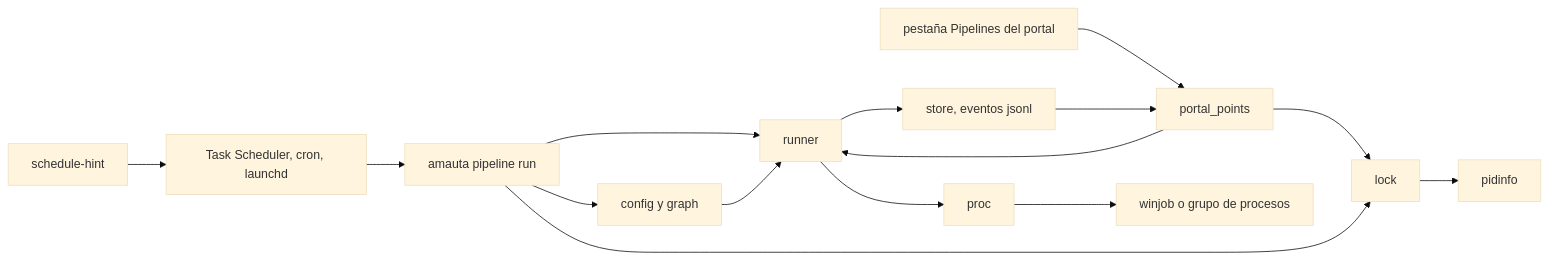
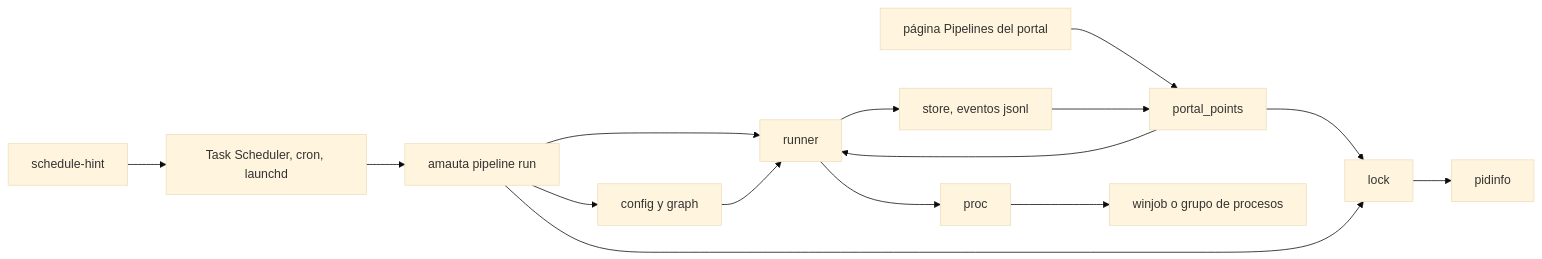
The first of 2 diagrams in python/amauta/portal/guide/es/pipelines.md (Negraldi/amauta), drawn with Mermaid (base theme) before and after one commit. The commit also changed other lines of this file and 11 other files, not shown here.

````diff
--- a/python/amauta/portal/guide/es/pipelines.md
+++ b/python/amauta/portal/guide/es/pipelines.md
@@ -24,17 +24,17 @@
 ```mermaid
 flowchart LR
   CLI["amauta pipeline run"] --> CFG["config y graph"]
-  PORTAL["pestaña Pipelines del portal"] --> PP["portal_points"]
+  PORTAL["página Pipelines del portal"] --> PP["portal_points"]
   PP --> LK["lock"]
   PP --> RUN["runner"]
   CLI --> LK
   CLI --> RUN
   CFG --> RUN
   RUN --> PROC["proc"]
   PROC --> WJ["winjob o grupo de procesos"]
   LK --> PID["pidinfo"]
   RUN --> ST["store, eventos jsonl"]
   ST --> PP
   SCH["schedule-hint"] --> OS["Task Scheduler, cron, launchd"]
   OS --> CLI
 ```
````
